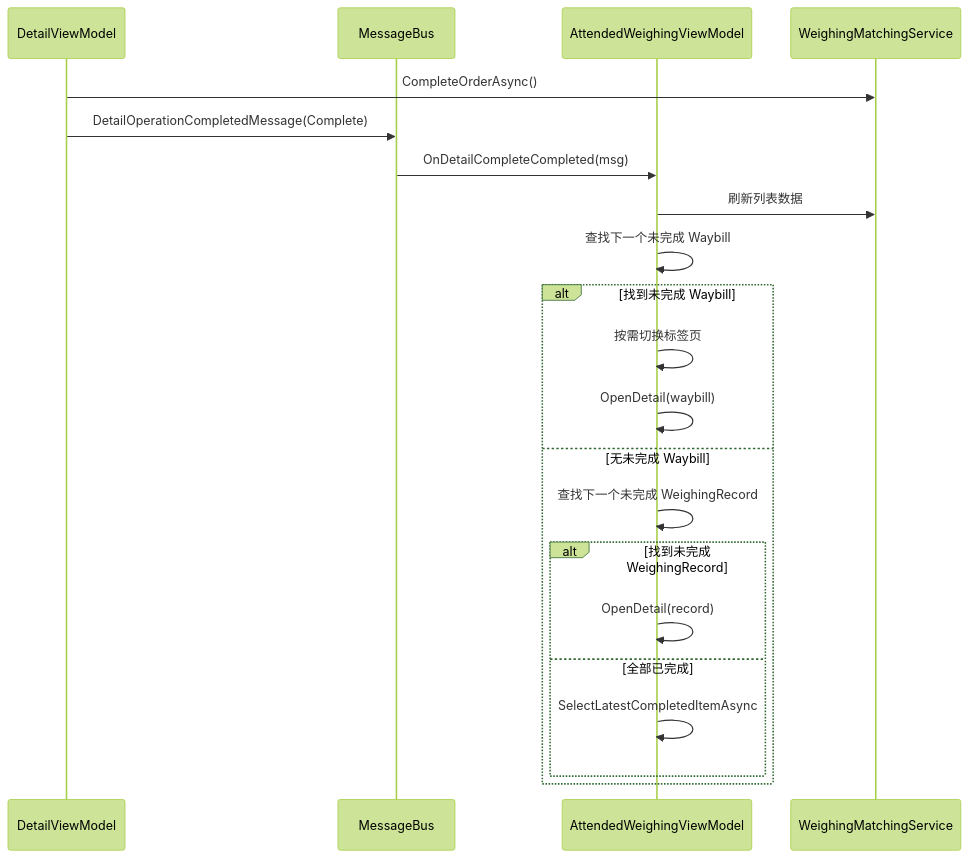
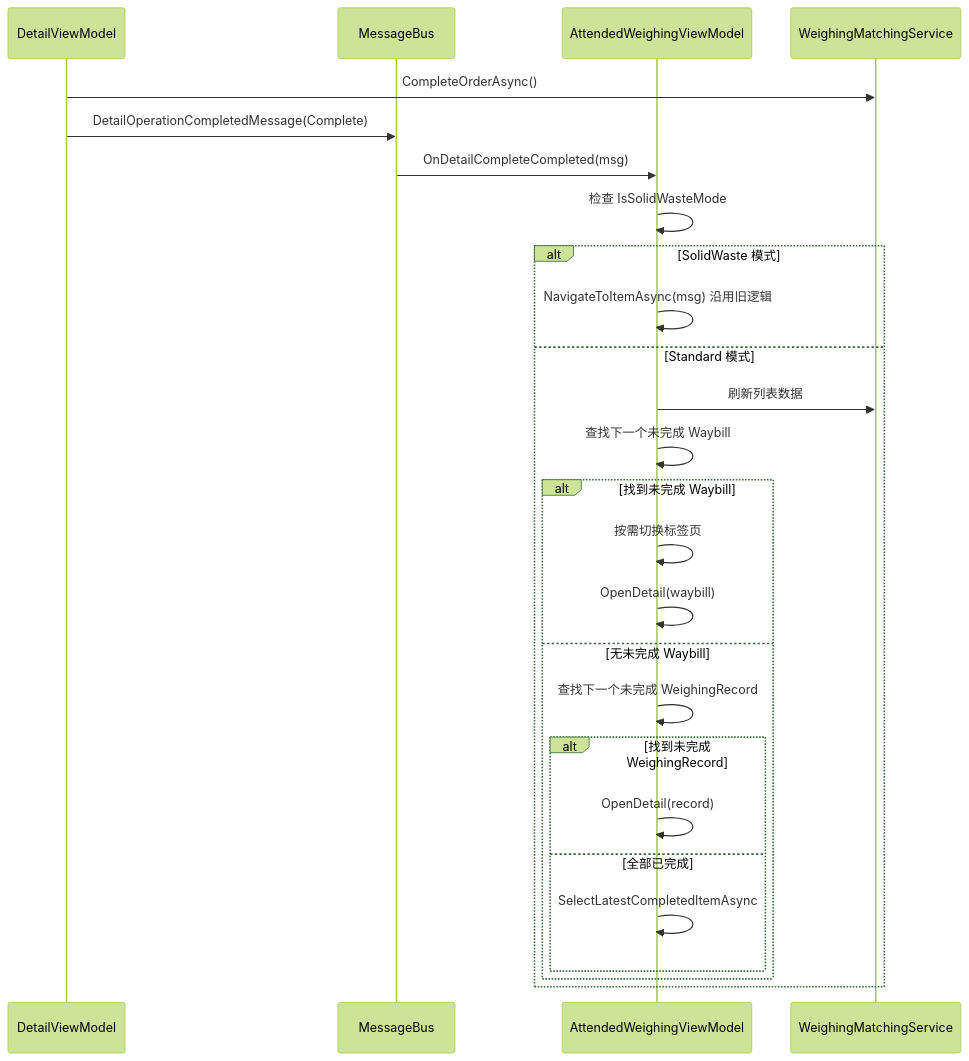
Before and after one commit to feewillowherb/MaterialClient: the second of 2 diagrams in openspec/changes/fix-standard-mode-receipt-completion-selection-logic/design.md, drawn with Mermaid (forest theme). The commit also changed other lines of this file and 2 other files, not shown here.

Commit message:
feat(ViewModels): implement priority-based navigation for Standard mode in AttendedWeighingViewModel

````diff
--- a/openspec/changes/fix-standard-mode-receipt-completion-selection-logic/design.md
+++ b/openspec/changes/fix-standard-mode-receipt-completion-selection-logic/design.md
@@ -102,24 +109,29 @@
 ```mermaid
 sequenceDiagram
     participant Detail as DetailViewModel
     participant Bus as MessageBus
     participant Main as AttendedWeighingViewModel
     participant SVC as WeighingMatchingService
 
     Detail->>SVC: CompleteOrderAsync()
     Detail->>Bus: DetailOperationCompletedMessage(Complete)
     Bus->>Main: OnDetailCompleteCompleted(msg)
-    Main->>SVC: 刷新列表数据
-    Main->>Main: 查找下一个未完成 Waybill
-    alt 找到未完成 Waybill
-        Main->>Main: 按需切换标签页
-        Main->>Main: OpenDetail(waybill)
-    else 无未完成 Waybill
-        Main->>Main: 查找下一个未完成 WeighingRecord
-        alt 找到未完成 WeighingRecord
-            Main->>Main: OpenDetail(record)
-        else 全部已完成
-            Main->>Main: SelectLatestCompletedItemAsync
+    Main->>Main: 检查 IsSolidWasteMode
+    alt SolidWaste 模式
+        Main->>Main: NavigateToItemAsync(msg) 沿用旧逻辑
+    else Standard 模式
+        Main->>SVC: 刷新列表数据
+        Main->>Main: 查找下一个未完成 Waybill
+        alt 找到未完成 Waybill
+            Main->>Main: 按需切换标签页
+            Main->>Main: OpenDetail(waybill)
+        else 无未完成 Waybill
+            Main->>Main: 查找下一个未完成 WeighingRecord
+            alt 找到未完成 WeighingRecord
+                Main->>Main: OpenDetail(record)
+            else 全部已完成
+                Main->>Main: SelectLatestCompletedItemAsync
+            end
         end
     end
 ```
````
